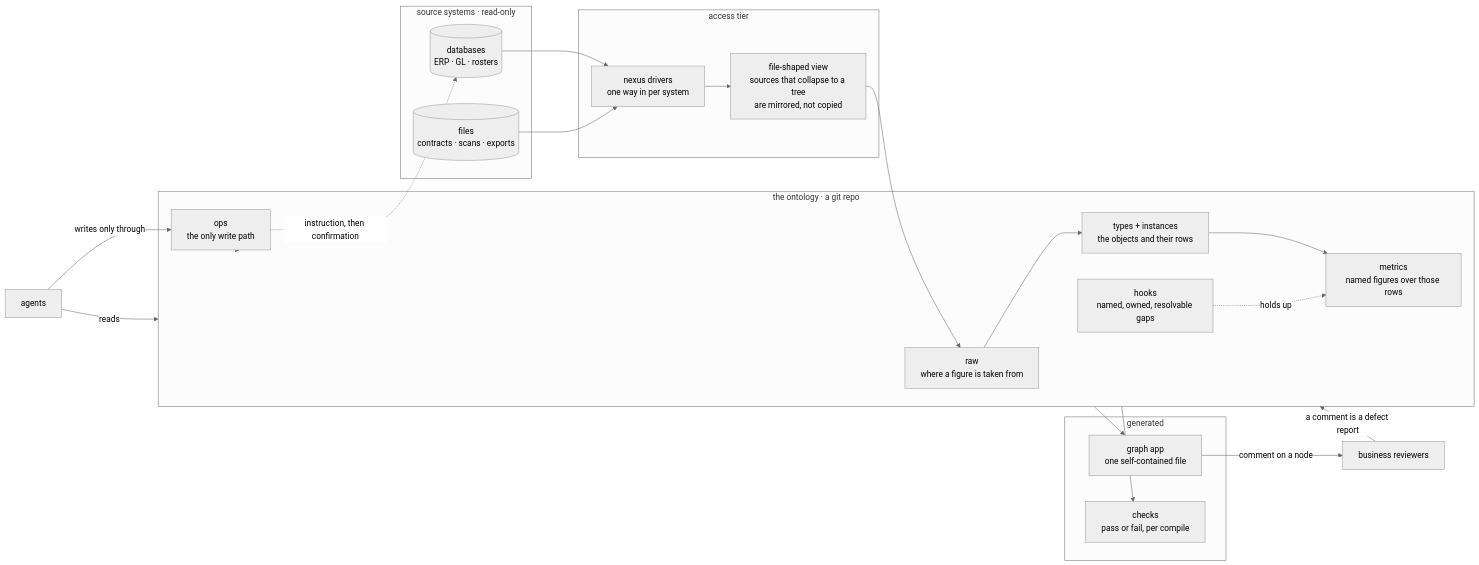
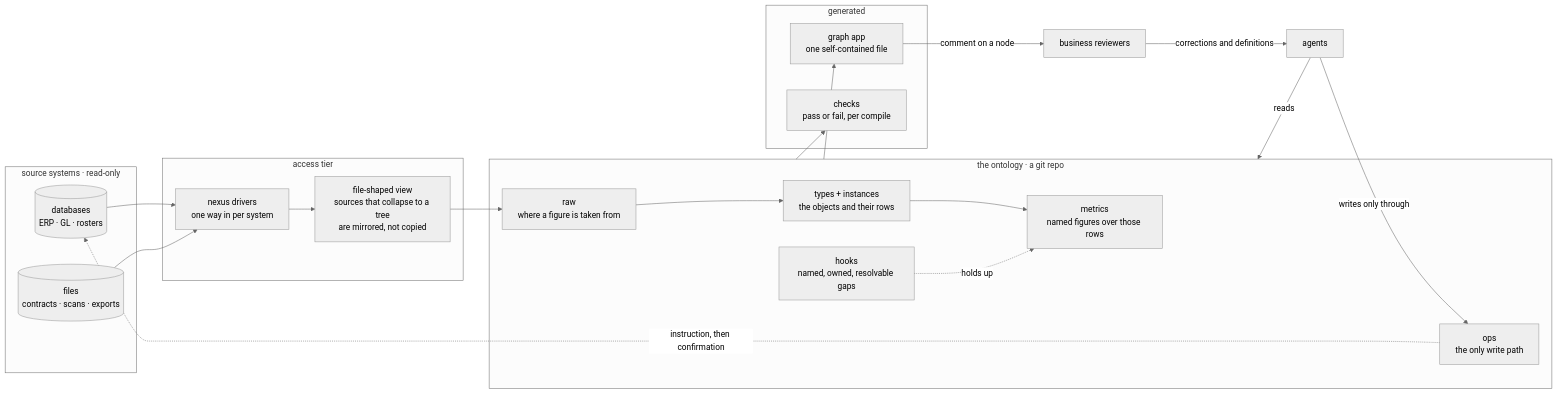
Before and after one commit to sudoprivacy/sudograph: the diagram in README.md, drawn with Mermaid (neutral theme). The commit also changed other lines of this file and 7 other files, not shown here.

````diff
--- a/README.md
+++ b/README.md
@@ -27,44 +65,44 @@
 ```mermaid
 flowchart LR
   subgraph SRC["source systems · read-only"]
     DB[("databases<br/>ERP · GL · rosters")]
     FILES[("files<br/>contracts · scans · exports")]
   end
 
   subgraph ACCESS["access tier"]
     DRV["nexus drivers<br/>one way in per system"]
     MIRROR["file-shaped view<br/>sources that collapse to a tree<br/>are mirrored, not copied"]
   end
 
   subgraph SPEC["the ontology · a git repo"]
     RAW["raw<br/>where a figure is taken from"]
     TYPES["types + instances<br/>the objects and their rows"]
     METRICS["metrics<br/>named figures over those rows"]
     HOOKS["hooks<br/>named, owned, resolvable gaps"]
     OPS["ops<br/>the only write path"]
   end
 
   subgraph OUT["generated"]
     GRAPH["graph app<br/>one self-contained file"]
     CHECKS["checks<br/>pass or fail, per compile"]
   end
 
   PEOPLE["business reviewers"]
   AGENT["agents"]
 
   DB --> DRV
   FILES --> DRV
   DRV --> MIRROR
   MIRROR --> RAW
   RAW --> TYPES
   TYPES --> METRICS
   HOOKS -.->|holds up| METRICS
   SPEC --> GRAPH
   SPEC --> CHECKS
   GRAPH -->|comment on a node| PEOPLE
-  PEOPLE -->|a comment is a defect report| SPEC
+  PEOPLE -->|corrections and definitions| AGENT
   AGENT -->|reads| SPEC
   AGENT -->|writes only through| OPS
   OPS --> SPEC
   OPS -.->|instruction, then confirmation| DB
 ```
````
